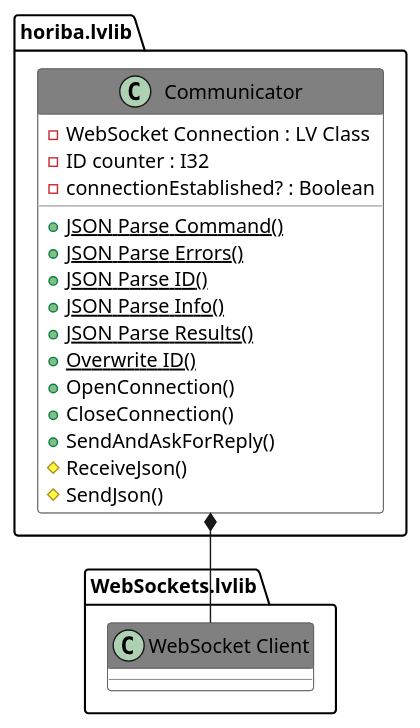
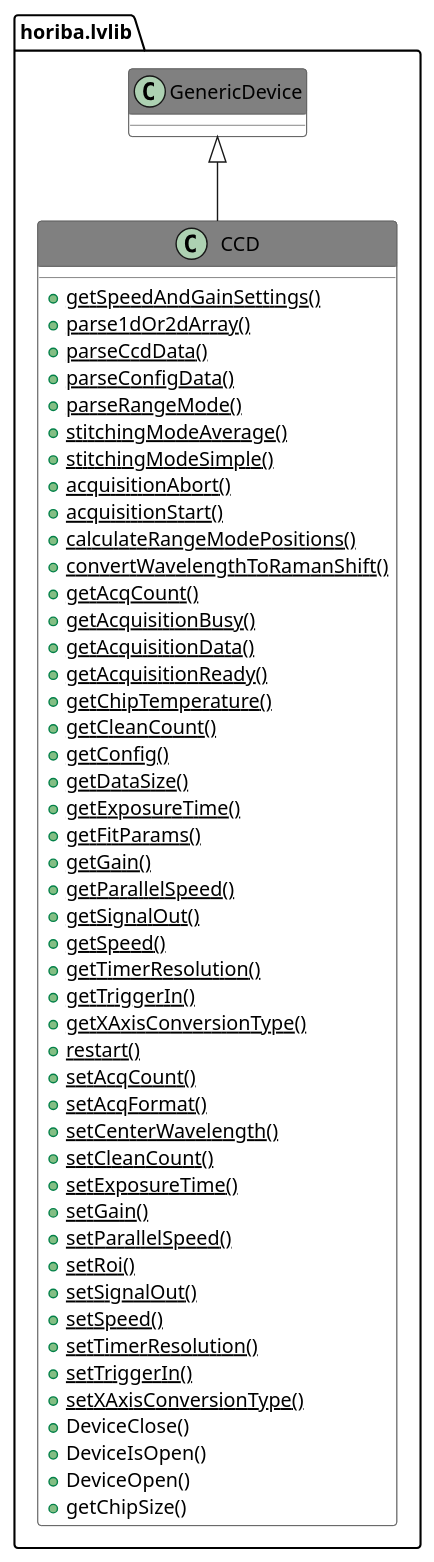
The diagram in docs/Includes/008.adoc (HORIBAEzSpecSDK/labview-sdk), drawn with PlantUML before and after one commit. The commit also changed other lines of this file and 527 other files, not shown here.

```diff
--- a/docs/Includes/008.adoc
+++ b/docs/Includes/008.adoc
@@ -9,33 +9,65 @@
 [plantuml, format="svg", align="center"]
 ....
 @startuml
 set namespaceSeparator :
 skinparam ClassBackgroundColor #FFFFFF
 skinparam ClassBorderColor #555555
 skinparam ClassFontColor #000000
 skinparam ClassHeaderBackgroundColor #808080
 
 skinparam top to bottom direction
-class "horiba.lvlib:Communicator" {
-{field} -WebSocket Connection : LV Class
-{field} -ID counter : I32
-{field} -connectionEstablished? : Boolean
-{static} {method} +JSON Parse Command()
-{static} {method} +JSON Parse Errors()
-{static} {method} +JSON Parse ID()
-{static} {method} +JSON Parse Info()
-{static} {method} +JSON Parse Results()
-{static} {method} +Overwrite ID()
-{method} +OpenConnection()
-{method} +CloseConnection()
-{method} +SendAndAskForReply()
-{method} #ReceiveJson()
-{method} #SendJson()
+class "horiba.lvlib:CCD" {
+{static} {method} +getSpeedAndGainSettings()
+{static} {method} +parse1dOr2dArray()
+{static} {method} +parseCcdData()
+{static} {method} +parseConfigData()
+{static} {method} +parseRangeMode()
+{static} {method} +stitchingModeAverage()
+{static} {method} +stitchingModeSimple()
+{static} {method} +acquisitionAbort()
+{static} {method} +acquisitionStart()
+{static} {method} +calculateRangeModePositions()
+{static} {method} +convertWavelengthToRamanShift()
+{static} {method} +getAcqCount()
+{static} {method} +getAcquisitionBusy()
+{static} {method} +getAcquisitionData()
+{static} {method} +getAcquisitionReady()
+{static} {method} +getChipTemperature()
+{static} {method} +getCleanCount()
+{static} {method} +getConfig()
+{static} {method} +getDataSize()
+{static} {method} +getExposureTime()
+{static} {method} +getFitParams()
+{static} {method} +getGain()
+{static} {method} +getParallelSpeed()
+{static} {method} +getSignalOut()
+{static} {method} +getSpeed()
+{static} {method} +getTimerResolution()
+{static} {method} +getTriggerIn()
+{static} {method} +getXAxisConversionType()
+{static} {method} +restart()
+{static} {method} +setAcqCount()
+{static} {method} +setAcqFormat()
+{static} {method} +setCenterWavelength()
+{static} {method} +setCleanCount()
+{static} {method} +setExposureTime()
+{static} {method} +setGain()
+{static} {method} +setParallelSpeed()
+{static} {method} +setRoi()
+{static} {method} +setSignalOut()
+{static} {method} +setSpeed()
+{static} {method} +setTimerResolution()
+{static} {method} +setTriggerIn()
+{static} {method} +setXAxisConversionType()
+{method} +DeviceClose()
+{method} +DeviceIsOpen()
+{method} +DeviceOpen()
+{method} +getChipSize()
 
 }
-"horiba.lvlib:Communicator" *-- "WebSockets.lvlib:WebSocket Client"
+"horiba.lvlib:GenericDevice" <|-- "horiba.lvlib:CCD"
 
 
 
 @enduml
 ....
```
